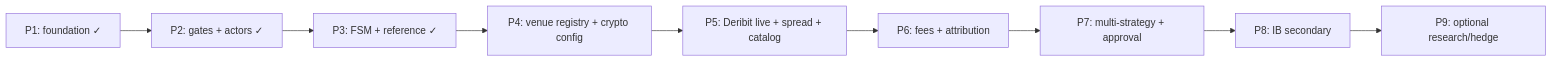
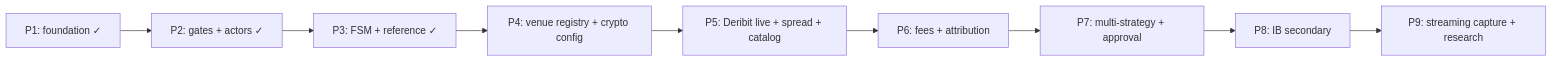
The first of 2 diagrams in .cursor/plans/0dte_implementation_plan_5c4f2990.plan.md (abhushansahu/nautilus-quant-scaffold), drawn with Mermaid before and after one commit. The commit also changed other lines of this file and 12 other files, not shown here.

````diff
--- a/.cursor/plans/0dte_implementation_plan_5c4f2990.plan.md
+++ b/.cursor/plans/0dte_implementation_plan_5c4f2990.plan.md
@@ -100,13 +100,13 @@
 ```mermaid
 flowchart LR
   P1[P1: foundation ✓]
   P2[P2: gates + actors ✓]
   P3[P3: FSM + reference ✓]
   P4[P4: venue registry + crypto config]
   P5[P5: Deribit live + spread + catalog]
   P6[P6: fees + attribution]
   P7[P7: multi-strategy + approval]
   P8[P8: IB secondary]
-  P9[P9: optional research/hedge]
+  P9[P9: streaming capture + research]
   P1 --> P2 --> P3 --> P4 --> P5 --> P6 --> P7 --> P8 --> P9
 ```
````
